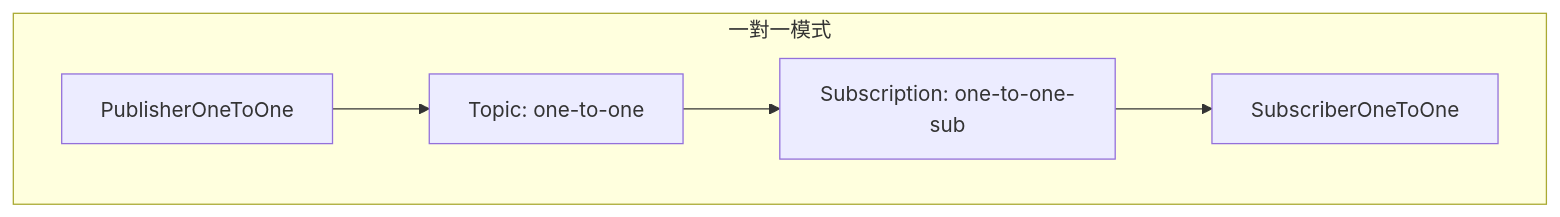
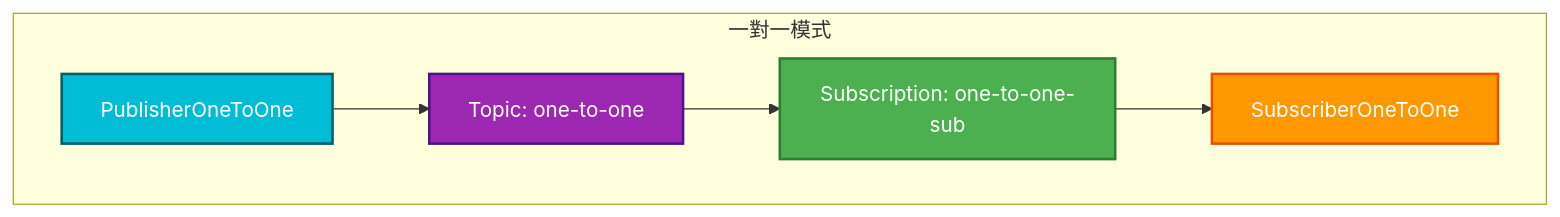
Before and after one commit to KubingYayanu/Gcp-emulators.Poc: the first of 6 diagrams in REAME.md, drawn with Mermaid. The commit also changed other lines of this file, not shown here.

Commit message:
docs: 調整 README 的 mermaid 圖表色碼

````diff
--- a/REAME.md
+++ b/REAME.md
@@ -81,13 +81,13 @@
 ```mermaid
 graph TD
   subgraph "一對一模式"
       P1[PublisherOneToOne] --> T1[Topic: one-to-one]
       T1 --> S1[Subscription: one-to-one-sub]
       S1 --> C1[SubscriberOneToOne]
   end
 
-  %% style P1 fill:#e1f5fe
-  %% style T1 fill:#f3e5f5
-  %% style S1 fill:#e8f5e8
-  %% style C1 fill:#fff3e0
+  style P1 fill:#00bcd4,stroke:#006064,stroke-width:2px,color:#fff
+  style T1 fill:#9c27b0,stroke:#4a148c,stroke-width:2px,color:#fff
+  style S1 fill:#4caf50,stroke:#2e7d32,stroke-width:2px,color:#fff
+  style C1 fill:#ff9800,stroke:#e65100,stroke-width:2px,color:#fff
 ```
````
